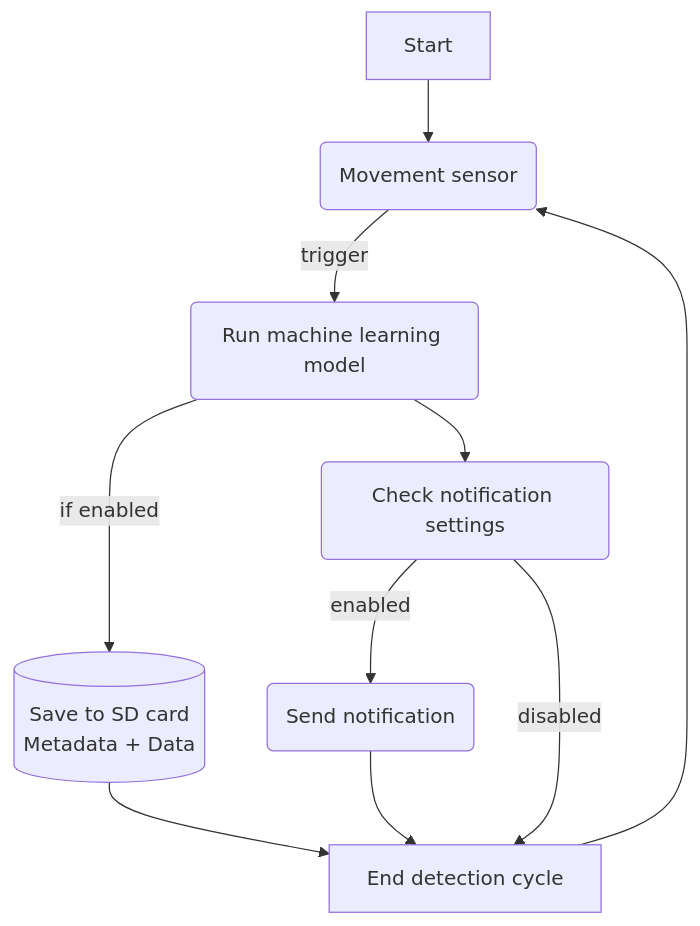
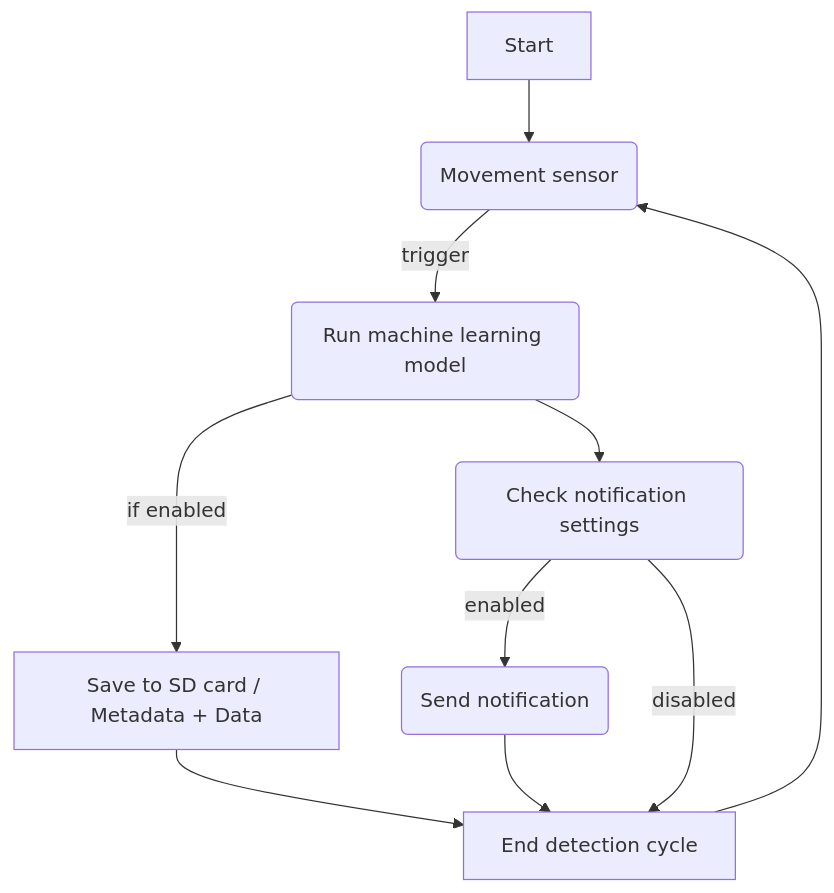
One commit to Kata-Ceals/Architectural-Katas-Fall-2023 changed the tenth of 11 diagrams in 1-SolutionBackground/2-ProposedScenarios.md. Above: the diagram before and after it, drawn with Mermaid. The commit also changed other lines of this file, not shown here.

Commit message:
Fix broken diagrams for unsupported syntax.

````diff
--- a/1-SolutionBackground/2-ProposedScenarios.md
+++ b/1-SolutionBackground/2-ProposedScenarios.md
@@ -186,24 +184,23 @@
 ```mermaid
 flowchart TD
     Movement(Movement sensor)
     ML(Run machine learning model)
-    SaveSD[(Save to SD card
-            Metadata + Data)]
+    SaveSD[Save to SD card / Metadata + Data]
     CheckSettings(Check notification settings)
     SendNotification(Send notification)
     EndCycle[End detection cycle]
 
     Start --> Movement
 		Movement --> |trigger| ML
 
     ML --> |if enabled| SaveSD
     SaveSD --> EndCycle
 
     ML --> CheckSettings
     CheckSettings --> |enabled| SendNotification
     SendNotification --> EndCycle
 
     CheckSettings --> |disabled| EndCycle
 
     EndCycle --> Movement
 ```
````
